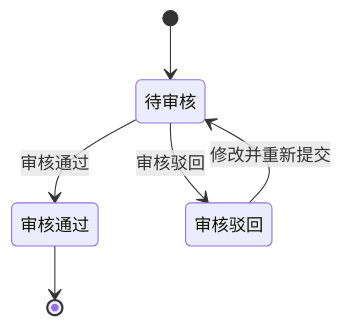
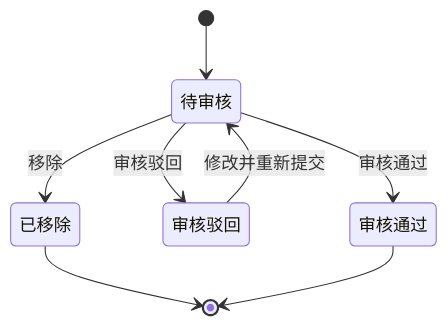
One commit to jack888332/projects-doc changed the diagram in product-caliber/bms/segmented-prd/账单系统/PRD.账单系统.第015篇.调账中心.17F89514C9.md. Above: the diagram before and after it, drawn with Mermaid. The commit also changed other lines of this file and 6 other files, not shown here.

````diff
--- a/product-caliber/bms/segmented-prd/账单系统/PRD.账单系统.第015篇.调账中心.17F89514C9.md
+++ b/product-caliber/bms/segmented-prd/账单系统/PRD.账单系统.第015篇.调账中心.17F89514C9.md
@@ -75,8 +108,10 @@
 ```mermaid
 stateDiagram-v2
     [*] --> 待审核
     待审核 --> 审核通过: 审核通过
     待审核 --> 审核驳回: 审核驳回
+    待审核 --> 已移除: 移除
+    已移除 --> [*]
     审核驳回 --> 待审核: 修改并重新提交
     审核通过 --> [*]
 ```
````
